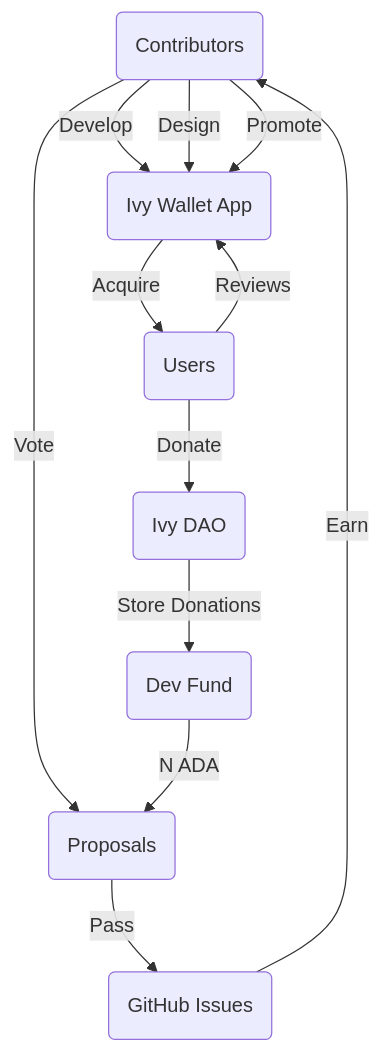
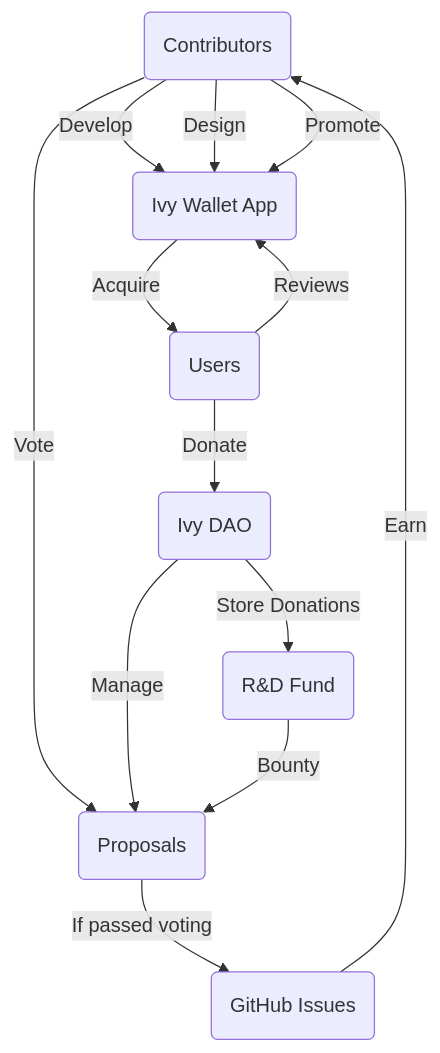
One commit to Ivy-Apps/ivy-wallet changed the diagram in docs/Ivy-Dao.md. Above: the diagram before and after it, drawn with Mermaid.

Commit message:
WIP: Ivy DAO

````diff
--- a/docs/Ivy-Dao.md
+++ b/docs/Ivy-Dao.md
@@ -4,29 +4,30 @@
 ```mermaid
 graph TD;
     contribs(Contributors)
     users(Users)
     dao(Ivy DAO)
     product(Ivy Wallet App)
 
-    dao_dev_fund(Dev Fund)
+    dao_dev_fund(R&D Fund)
     dao_proposals(Proposals)
 
     tickets(GitHub Issues)
 
     contribs -- Develop --> product
     contribs -- Design --> product
     contribs -- Promote --> product
     contribs -- Vote --> dao_proposals
 
     product -- Acquire --> users
 
     users -- Reviews --> product
     users -- Donate --> dao
 
     dao -- Store Donations --> dao_dev_fund
-    dao_dev_fund -- N ADA --> dao_proposals
+    dao -- Manage --> dao_proposals
+    dao_dev_fund -- Bounty --> dao_proposals
 
-    dao_proposals -- Pass --> tickets
+    dao_proposals -- If passed voting --> tickets
     tickets -- Earn --> contribs
   
 ```
````
